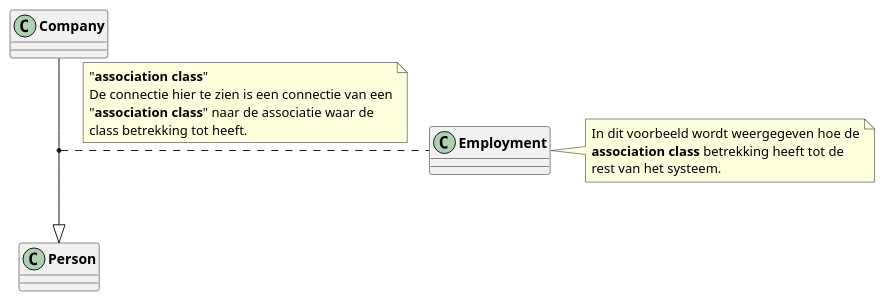
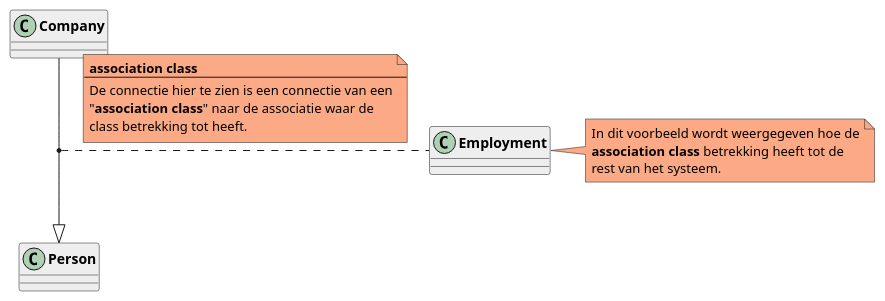
One commit to LukevLuijn/cheat_sheet_osm_mo changed the diagram in plantuml/class/association_class.puml. Above: the diagram before and after it, drawn with PlantUML. The commit also changed 52 other files, not shown here.

Commit message:
[cheat-sheet] added colors to all diagrams.

```diff
--- a/plantuml/class/association_class.puml
+++ b/plantuml/class/association_class.puml
@@ -1,23 +1,25 @@
 @startuml
 'https://plantuml.com/class-diagram
 
-class class1 as "**Company**"
-class class2 as "**Person**"
-class class3 as "**Employment**"
+class class1 as "**Company**" #EEEEEE
+class class2 as "**Person**" #EEEEEE
+class class3 as "**Employment**" #EEEEEE
 
 class1 --|> class2
+
 (class1, class2) .. class3
-
-note on link
-    "**association class**"
+note on link #FCA985
+    **association class**
+    --
     De connectie hier te zien is een connectie van een
     "**association class**" naar de associatie waar de
     class betrekking tot heeft.
 end note
 
-note right of class3
+note right of class3 #FCA985
     In dit voorbeeld wordt weergegeven hoe de
     **association class** betrekking heeft tot de
     rest van het systeem.
 end note
+
 @enduml
```
